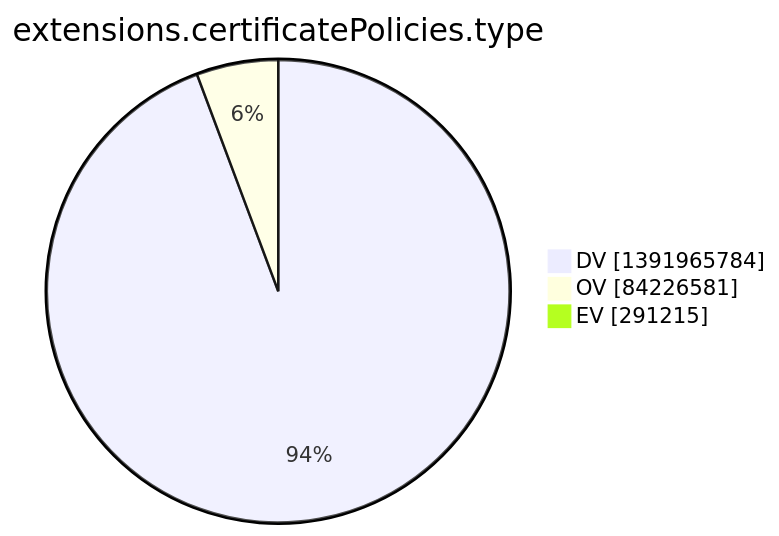
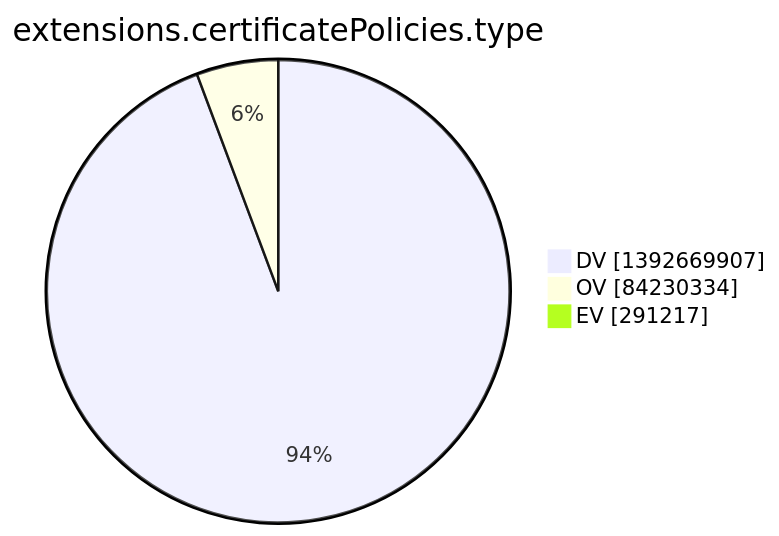
The tenth of 15 diagrams in argon2022/README.md (christiankrug/ctmonitor_visualization), drawn with Mermaid before and after one commit. The commit also changed other lines of this file, not shown here.

````diff
--- a/argon2022/README.md
+++ b/argon2022/README.md
@@ -2773,7 +2773,7 @@
 ```mermaid
 pie showData
 title extensions.certificatePolicies.type
-"DV" :1391965784
-"OV" :84226581
-"EV" :291215
+"DV" :1392669907
+"OV" :84230334
+"EV" :291217
 ```
````
